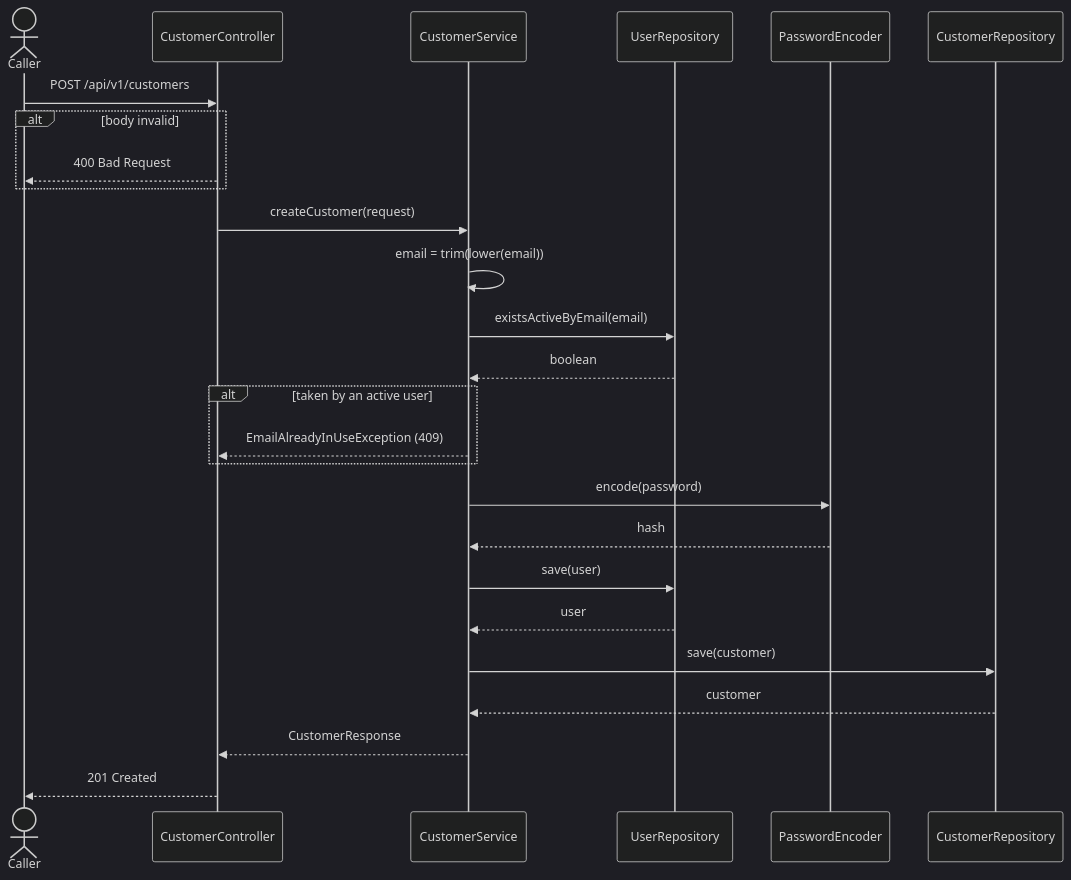
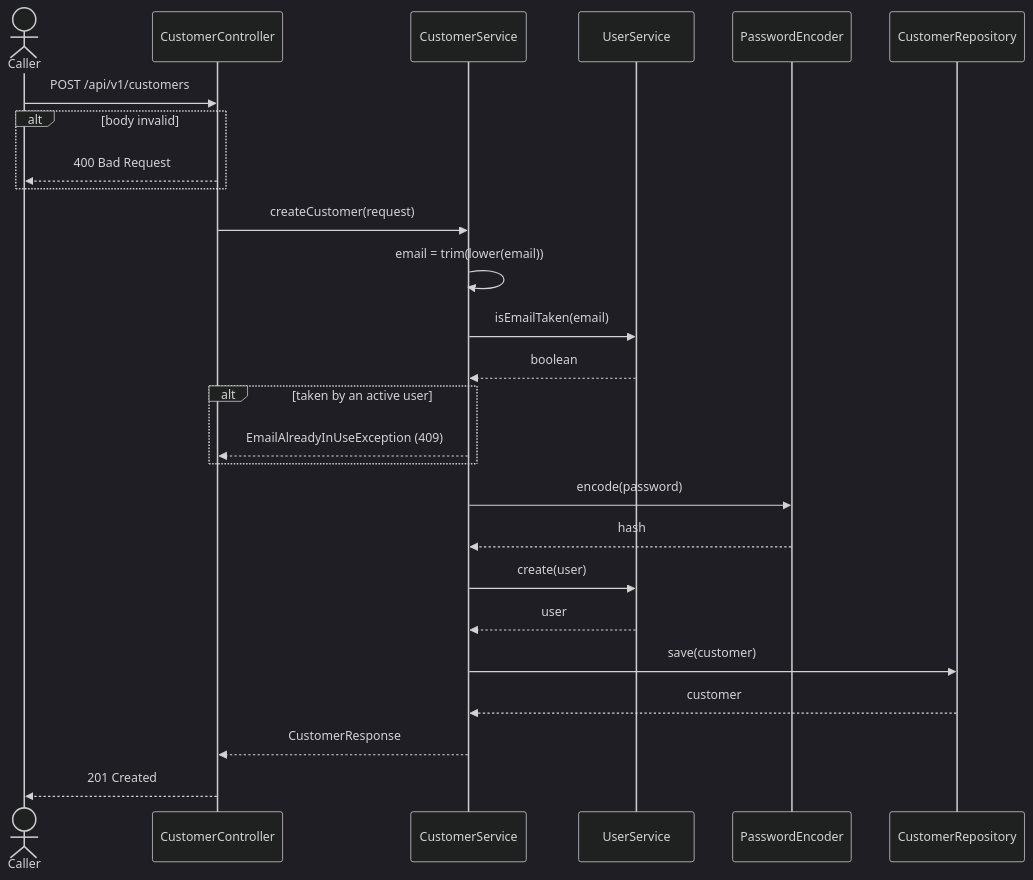
The diagram in restaurant/.docs/use-cases/customer-management/create-customer/create-customer.md (msmohammed0077-cmd/mentorship-restaurant), drawn with Mermaid (dark theme) before and after one commit. The commit also changed other lines of this file and 10 other files, not shown here.

````diff
--- a/restaurant/.docs/use-cases/customer-management/create-customer/create-customer.md
+++ b/restaurant/.docs/use-cases/customer-management/create-customer/create-customer.md
@@ -154,29 +154,29 @@
 ```mermaid
 sequenceDiagram
     actor Caller
     participant C as CustomerController
     participant H as CustomerService
-    participant UR as UserRepository
+    participant US as UserService
     participant PE as PasswordEncoder
     participant CR as CustomerRepository
 
     Caller->>C: POST /api/v1/customers
     alt body invalid
         C-->>Caller: 400 Bad Request
     end
     C->>H: createCustomer(request)
     H->>H: email = trim(lower(email))
-    H->>UR: existsActiveByEmail(email)
-    UR-->>H: boolean
+    H->>US: isEmailTaken(email)
+    US-->>H: boolean
     alt taken by an active user
         H-->>C: EmailAlreadyInUseException (409)
     end
     H->>PE: encode(password)
     PE-->>H: hash
-    H->>UR: save(user)
-    UR-->>H: user
+    H->>US: create(user)
+    US-->>H: user
     H->>CR: save(customer)
     CR-->>H: customer
     H-->>C: CustomerResponse
     C-->>Caller: 201 Created
 ```
````
